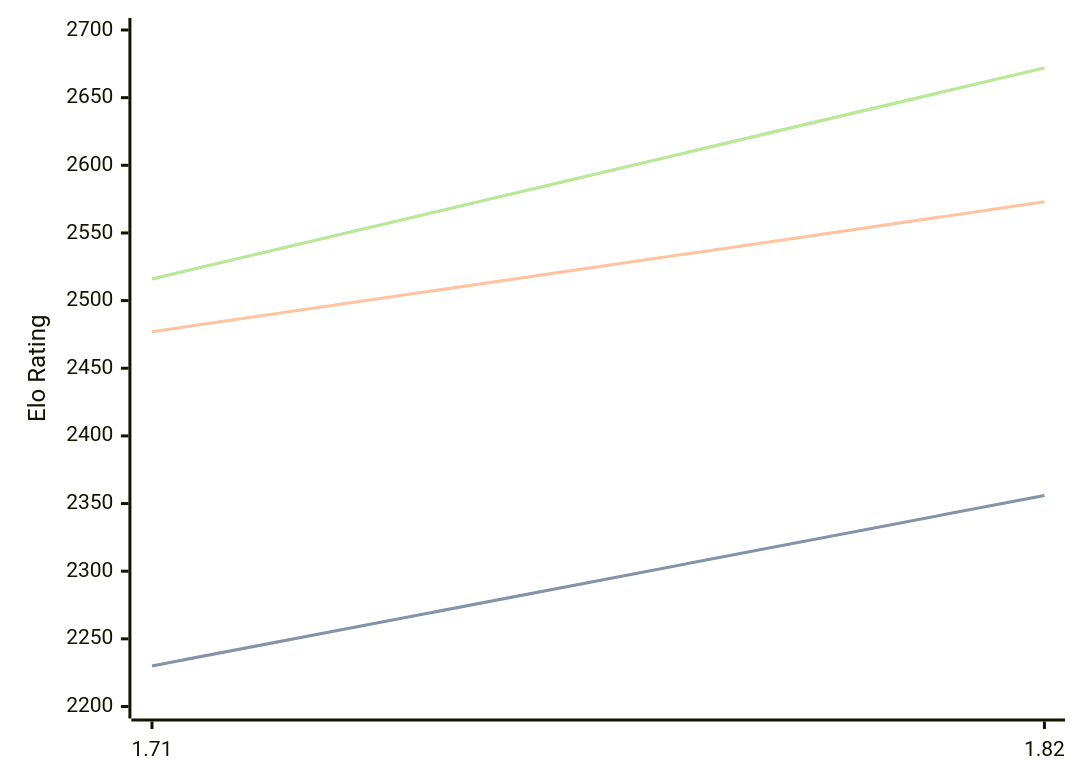
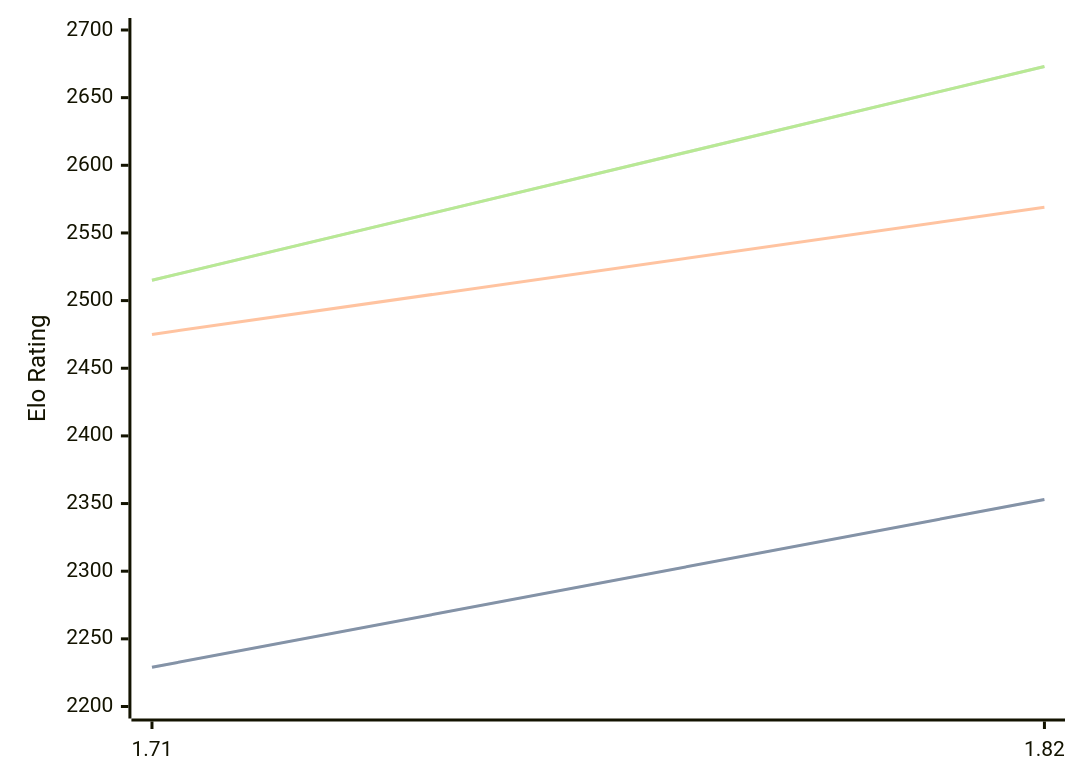
The diagram in engines/Amira.md (computer-chess-index/cci), drawn with Mermaid before and after one commit. The commit also changed other lines of this file, not shown here.

Commit message:
Update CCI Ratings (ELO VLTC) - 2026-03-12

````diff
--- a/engines/Amira.md
+++ b/engines/Amira.md
@@ -33,11 +33,11 @@
 ```mermaid
 %%{init: {"theme":"base","themeVariables":{"seriesColors:['#a3a3a3','#222221','#faa371']}}}%%
 xychart-beta
   x-axis ["1.71", "1.82"]
   y-axis "Elo Rating" 2200 --> 2700
-  line "STC (8.0+0.08s)" [2230, 2356]
-  line "STC (8.0+0.08s)" [2230, 2356]
-  line "LTC (60.0+0.60s)" [2477, 2573]
-  line "VLTC (2m24s+1.12s)" [2516, 2672]
-  line "VLTC (2m24s+1.12s)" [2516, 2672]
+  line "STC (8.0+0.08s)" [2229, 2353]
+  line "STC (8.0+0.08s)" [2229, 2353]
+  line "LTC (60.0+0.60s)" [2475, 2569]
+  line "VLTC (2m24s+1.12s)" [2515, 2673]
+  line "VLTC (2m24s+1.12s)" [2515, 2673]
 ```
````
